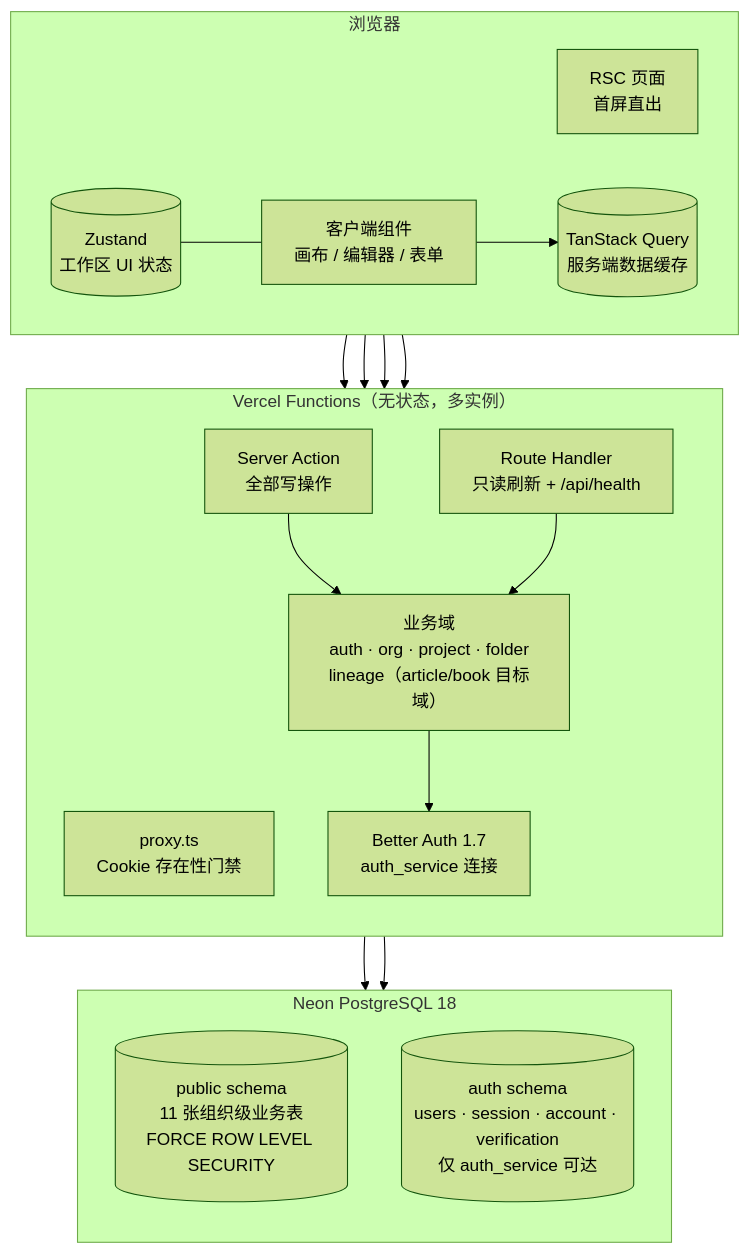
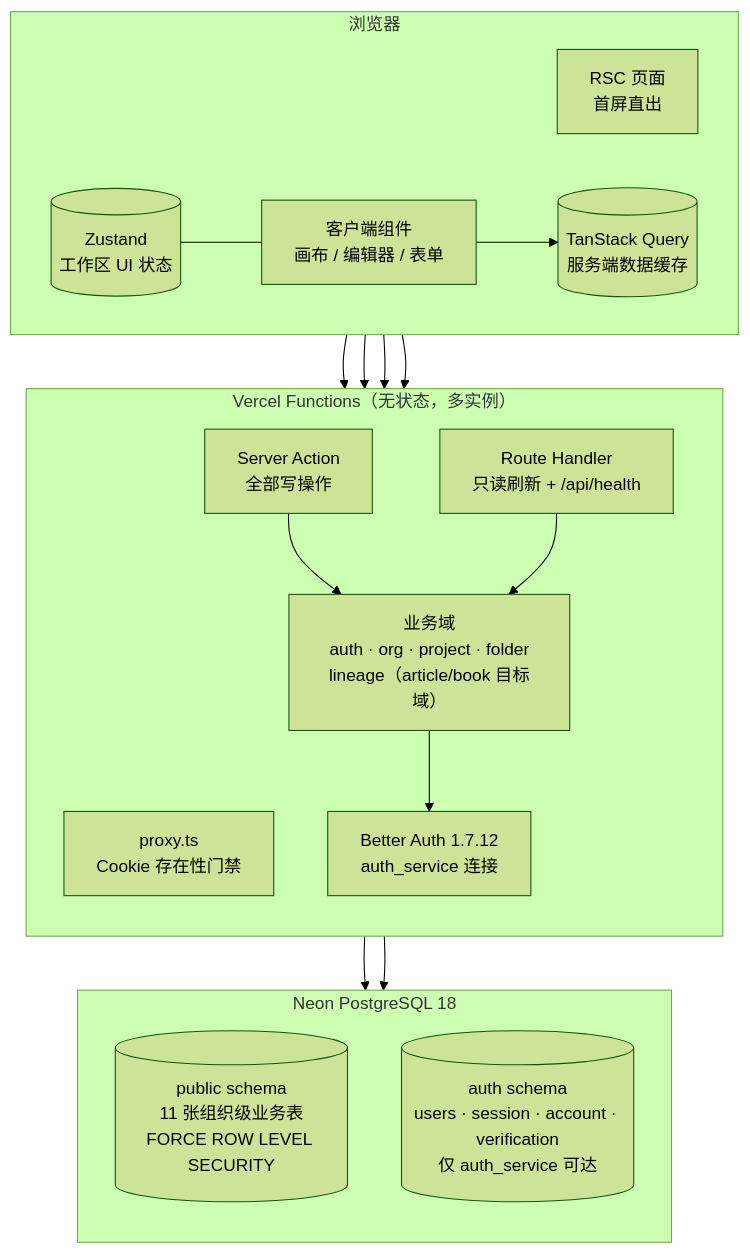
Before and after one commit to bobo522487/gramps: the diagram in docs/architecture/00-overview.md, drawn with Mermaid (forest theme). The commit also changed other lines of this file and 6 other files, not shown here.

````diff
--- a/docs/architecture/00-overview.md
+++ b/docs/architecture/00-overview.md
@@ -40,37 +40,37 @@
 ```mermaid
 flowchart TB
   subgraph Browser["浏览器"]
     direction LR
     RSC["RSC 页面<br/>首屏直出"]
     CC["客户端组件<br/>画布 / 编辑器 / 表单"]
     TQ[("TanStack Query<br/>服务端数据缓存")]
     ZS[("Zustand<br/>工作区 UI 状态")]
   end
 
   subgraph Vercel["Vercel Functions（无状态，多实例）"]
     direction TB
     PX["proxy.ts<br/>Cookie 存在性门禁"]
     ACT["Server Action<br/>全部写操作"]
     RH["Route Handler<br/>只读刷新 + /api/health"]
     MOD["业务域<br/>auth · org · project · folder<br/>lineage（article/book 目标域）"]
-    AUTHC["Better Auth 1.7<br/>auth_service 连接"]
+    AUTHC["Better Auth 1.7.12<br/>auth_service 连接"]
   end
 
   subgraph Neon["Neon PostgreSQL 18"]
     direction TB
     PUB[("public schema<br/>11 张组织级业务表<br/>FORCE ROW LEVEL SECURITY")]
     AUTHS[("auth schema<br/>users · session · account · verification<br/>仅 auth_service 可达")]
   end
 
   RSC --> PX
   CC --> TQ
   CC --> ACT
   TQ --> RH
   RSC --> MOD
   ACT --> MOD
   RH --> MOD
   MOD --> AUTHC
   MOD --> PUB
   AUTHC --> AUTHS
   ZS --- CC
 ```
````
